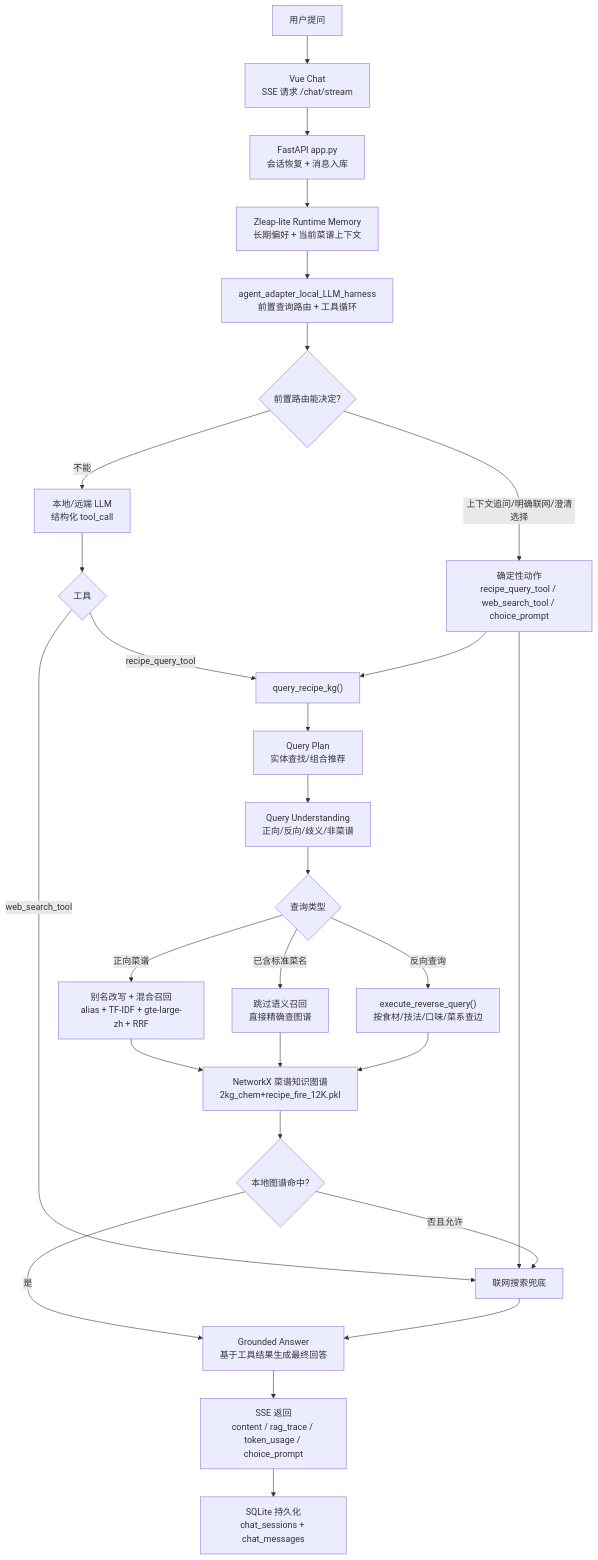
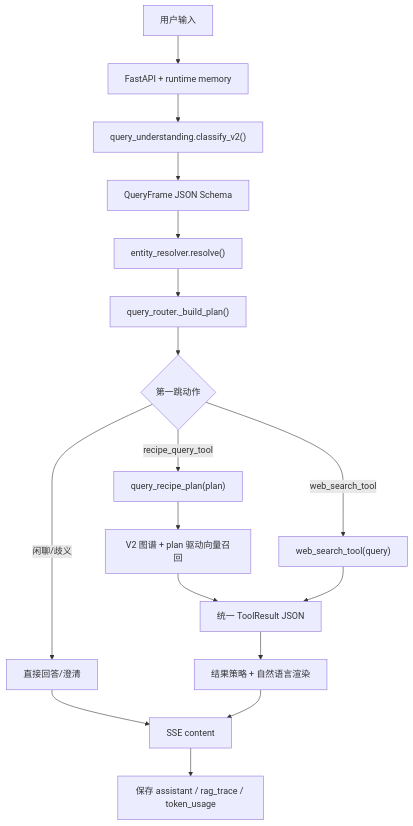
The diagram in README.md (QDcvd/CookGraph), drawn with Mermaid before and after one commit. The commit also changed other lines of this file and 52 other files, not shown here.

First line of the commit message:
V2 参数化工具调用重构 + 实体解析器 + query_router plan 流水线

````diff
--- a/README.md
+++ b/README.md
@@ -9,33 +9,19 @@
 ```mermaid
 flowchart TD
-    A["用户提问"] --> B["Vue Chat<br/>SSE 请求 /chat/stream"]
-    B --> C["FastAPI app.py<br/>会话恢复 + 消息入库"]
-    C --> D["Zleap-lite Runtime Memory<br/>长期偏好 + 当前菜谱上下文"]
-    D --> E["agent_adapter_local_LLM_harness<br/>前置查询路由 + 工具循环"]
-
-    E --> F{"前置路由能决定?"}
-    F -->|上下文追问/明确联网/澄清选择| G["确定性动作<br/>recipe_query_tool / web_search_tool / choice_prompt"]
-    F -->|不能| H["本地/远端 LLM<br/>结构化 tool_call"]
-
-    H --> I{"工具"}
-    I -->|recipe_query_tool| J["query_recipe_kg()"]
-    I -->|web_search_tool| K["联网搜索兜底"]
-    G --> J
-    G --> K
-
-    J --> L["Query Plan<br/>实体查找/组合推荐"]
-    L --> M["Query Understanding<br/>正向/反向/歧义/非菜谱"]
-    M --> N{"查询类型"}
-    N -->|反向查询| O["execute_reverse_query()<br/>按食材/技法/口味/菜系查边"]
-    N -->|正向菜谱| P["别名改写 + 混合召回<br/>alias + TF-IDF + gte-large-zh + RRF"]
-    N -->|已含标准菜名| Q["跳过语义召回<br/>直接精确查图谱"]
-    P --> R["NetworkX 菜谱知识图谱<br/>2kg_chem+recipe_fire_12K.pkl"]
-    Q --> R
-    O --> R
-    R --> S{"本地图谱命中?"}
-    S -->|否且允许| K
-    S -->|是| T["Grounded Answer<br/>基于工具结果生成最终回答"]
-    K --> T
-    T --> U["SSE 返回<br/>content / rag_trace / token_usage / choice_prompt"]
-    U --> V["SQLite 持久化<br/>chat_sessions + chat_messages"]
+    A["用户输入"] --> B["FastAPI + runtime memory"]
+    B --> C["query_understanding.classify_v2()"]
+    C --> D["QueryFrame JSON Schema"]
+    D --> E["entity_resolver.resolve()"]
+    E --> F["query_router._build_plan()"]
+    F --> G{"第一跳动作"}
+    G -->|recipe_query_tool| H["query_recipe_plan(plan)"]
+    G -->|web_search_tool| I["web_search_tool(query)"]
+    G -->|闲聊/歧义| J["直接回答/澄清"]
+    H --> K["V2 图谱 + plan 驱动向量召回"]
+    K --> L["统一 ToolResult JSON"]
+    I --> L
+    L --> M["结果策略 + 自然语言渲染"]
+    J --> N["SSE content"]
+    M --> N
+    N --> O["保存 assistant / rag_trace / token_usage"]
 ```
````
